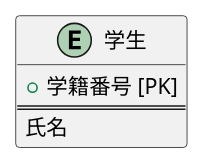
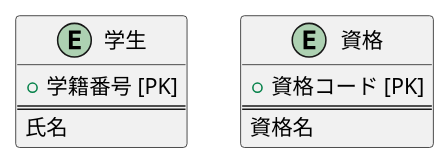
Before and after one commit to Aso2001133/2021sys-design: the diagram in DB/E-R図/詳細E-R図.md, drawn with PlantUML.

````diff
--- a/DB/E-R図/詳細E-R図.md
+++ b/DB/E-R図/詳細E-R図.md
@@ -1,9 +1,14 @@
 ```puml
 @startuml
 entity "学生" {
   + 学籍番号 [PK]
   ==
   氏名
 }
+entity "資格" {
+  + 資格コード [PK]
+  ==
+  資格名
+}
 @enduml
 ```
````
